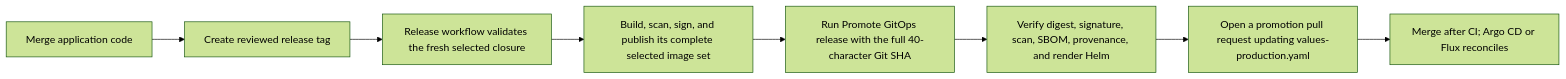
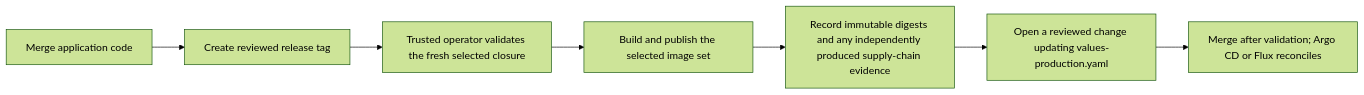
The diagram in GITOPS.md (nmime/dehqonhub), drawn with Mermaid (forest theme) before and after one commit. The commit also changed other lines of this file and 50 other files, not shown here.

````diff
--- a/GITOPS.md
+++ b/GITOPS.md
@@ -32,10 +32,9 @@
 ```mermaid
 flowchart LR
   merge[Merge application code] --> tag[Create reviewed release tag]
-  tag --> plan[Release workflow validates the fresh selected closure]
-  plan --> images[Build, scan, sign, and publish its complete selected image set]
-  images --> promote[Run Promote GitOps release with the full 40-character Git SHA]
-  promote --> verify[Verify digest, signature, scan, SBOM, provenance, and render Helm]
-  verify --> pr[Open a promotion pull request updating values-production.yaml]
-  pr --> reconcile[Merge after CI; Argo CD or Flux reconciles]
+  tag --> plan[Trusted operator validates the fresh selected closure]
+  plan --> images[Build and publish the selected image set]
+  images --> verify[Record immutable digests and any independently produced supply-chain evidence]
+  verify --> pr[Open a reviewed change updating values-production.yaml]
+  pr --> reconcile[Merge after validation; Argo CD or Flux reconciles]
 ```
````
